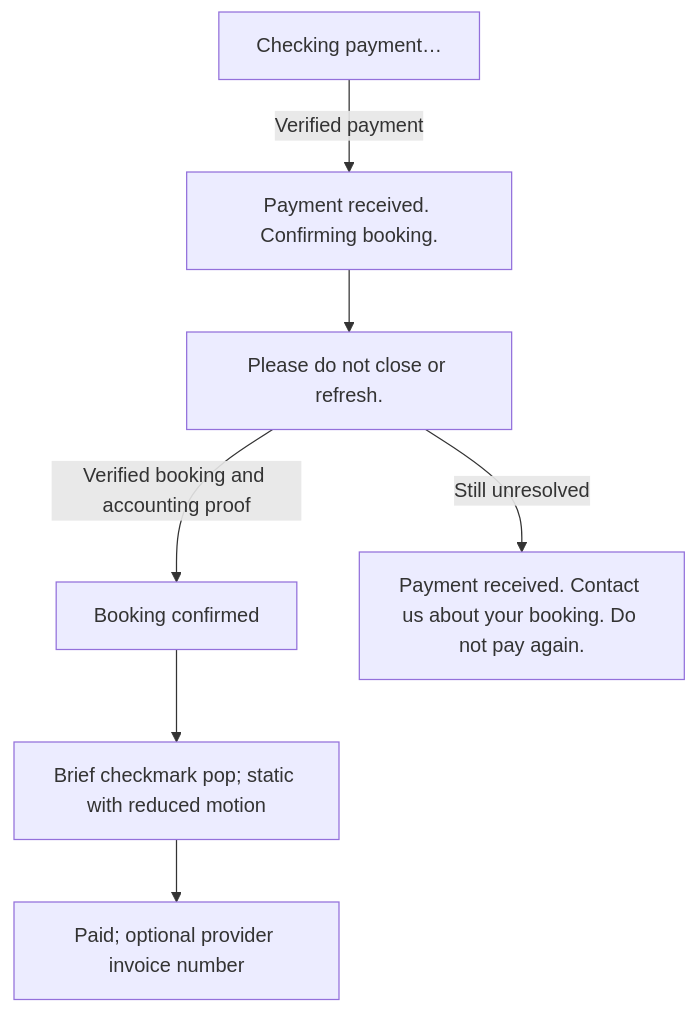
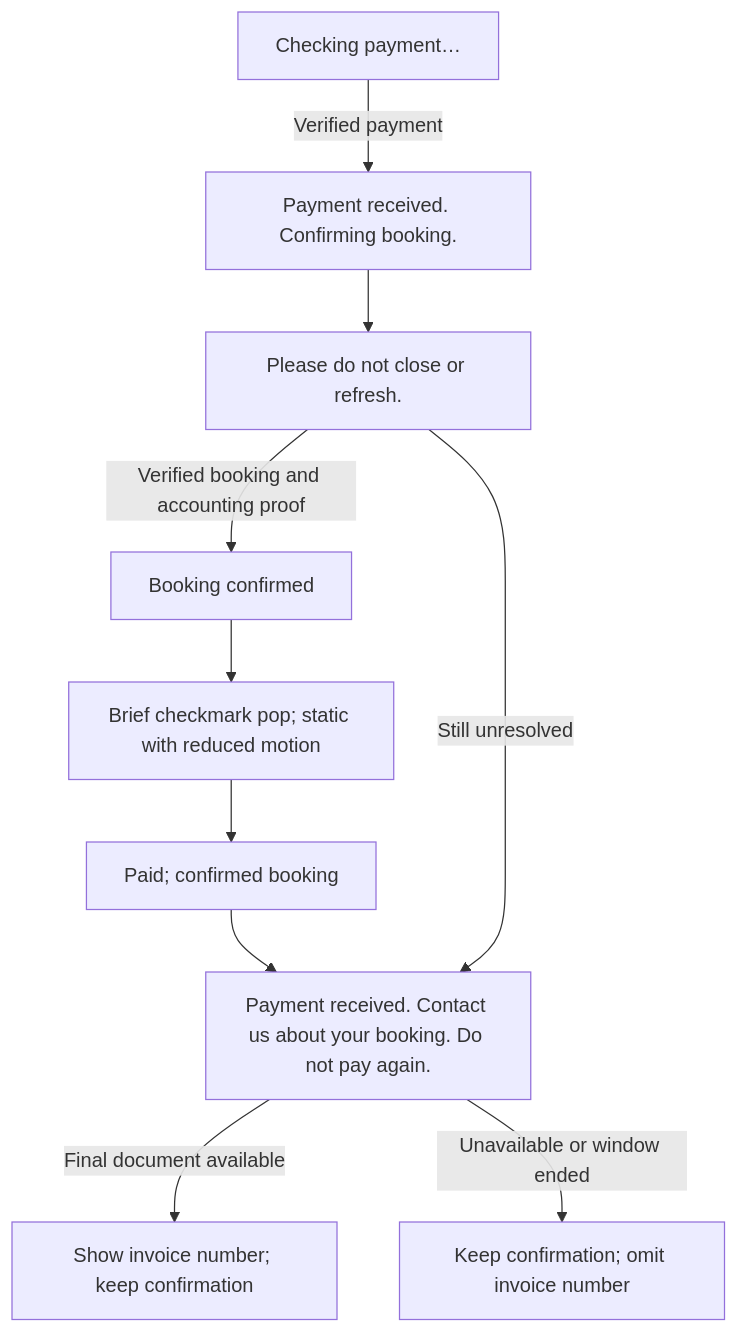
Before and after one commit to soccerbotstudiosg/soccerbotstudioSG: the tenth of 19 diagrams in docs/booking-flows.md, drawn with Mermaid. The commit also changed other lines of this file and 28 other files, not shown here.

Commit message:
Enrich paid invoice references and refine booking confirmation

````diff
--- a/docs/booking-flows.md
+++ b/docs/booking-flows.md
@@ -135,9 +135,12 @@
 ```mermaid
 flowchart TD
   A["Checking payment…"] -->|Verified payment| B["Payment received. Confirming booking."]
   B --> C["Please do not close or refresh."]
   C -->|Verified booking and accounting proof| D["Booking confirmed"]
   D --> E["Brief checkmark pop; static with reduced motion"]
-  E --> F["Paid; optional provider invoice number"]
+  E --> F["Paid; confirmed booking"]
+  F --> G["Invoice number · mini loader"]
+  G -->|Final document available| H["Show invoice number; keep confirmation"]
+  G -->|Unavailable or window ended| I["Keep confirmation; omit invoice number"]
   C -->|Still unresolved| G["Payment received. Contact us about your booking. Do not pay again."]
 ```
````
